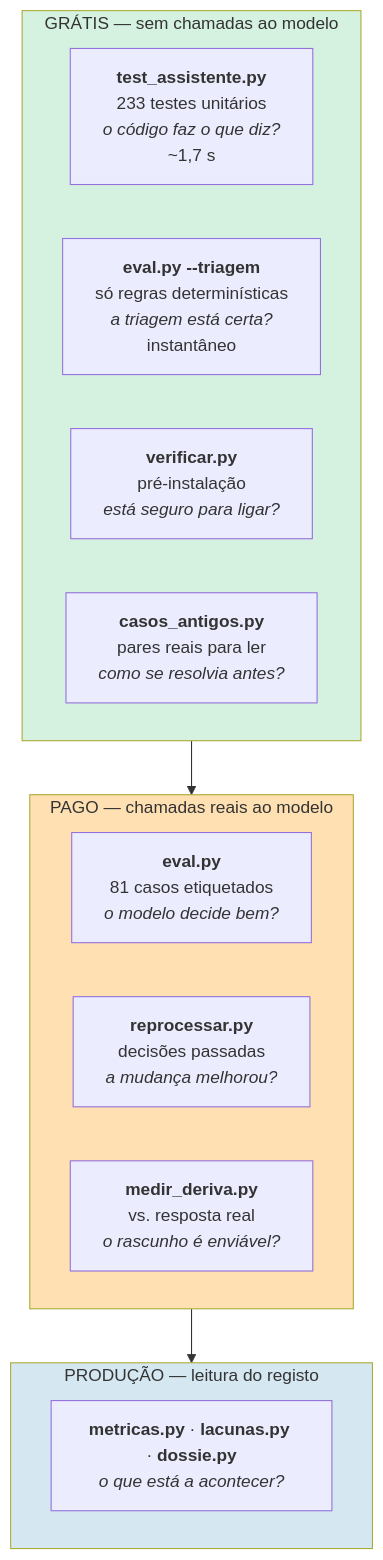
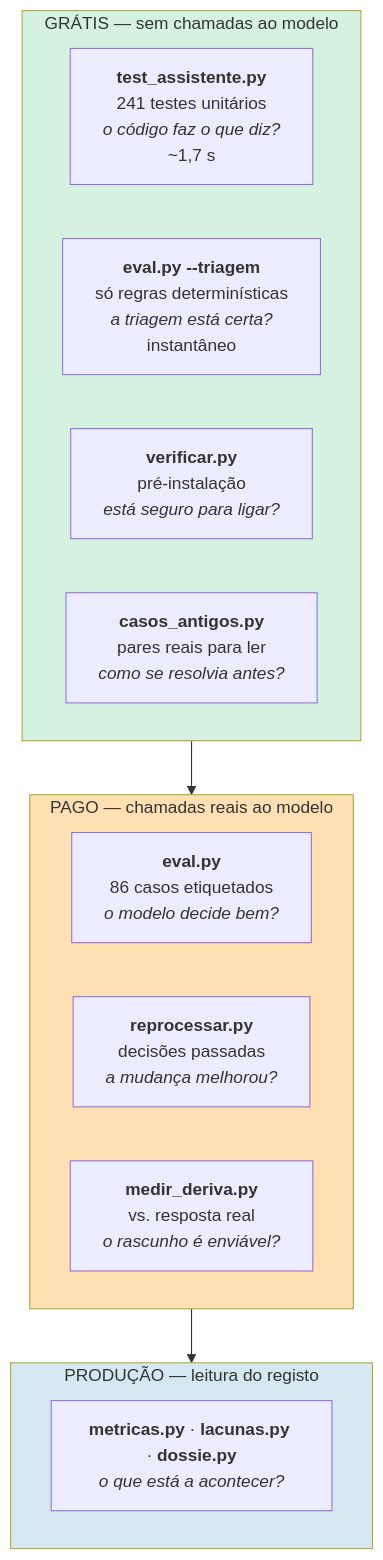
One commit to joaocarvalhini/Outlook-Reply-Assistant changed the first of 3 diagrams in docs/05-reliability/qa.md. Above: the diagram before and after it, drawn with Mermaid. The commit also changed other lines of this file and 10 other files, not shown here.

````diff
--- a/docs/05-reliability/qa.md
+++ b/docs/05-reliability/qa.md
@@ -19,22 +19,22 @@
 ```mermaid
 flowchart TB
     subgraph G["GRÁTIS — sem chamadas ao modelo"]
-        T1["<b>test_assistente.py</b><br/>233 testes unitários<br/><i>o código faz o que diz?</i><br/>~1,7 s"]
+        T1["<b>test_assistente.py</b><br/>241 testes unitários<br/><i>o código faz o que diz?</i><br/>~1,7 s"]
         T2["<b>eval.py --triagem</b><br/>só regras determinísticas<br/><i>a triagem está certa?</i><br/>instantâneo"]
         T3["<b>verificar.py</b><br/>pré-instalação<br/><i>está seguro para ligar?</i>"]
         T4["<b>casos_antigos.py</b><br/>pares reais para ler<br/><i>como se resolvia antes?</i>"]
     end
     subgraph P["PAGO — chamadas reais ao modelo"]
-        T5["<b>eval.py</b><br/>81 casos etiquetados<br/><i>o modelo decide bem?</i>"]
+        T5["<b>eval.py</b><br/>86 casos etiquetados<br/><i>o modelo decide bem?</i>"]
         T6["<b>reprocessar.py</b><br/>decisões passadas<br/><i>a mudança melhorou?</i>"]
         T7["<b>medir_deriva.py</b><br/>vs. resposta real<br/><i>o rascunho é enviável?</i>"]
     end
     subgraph PR["PRODUÇÃO — leitura do registo"]
         T8["<b>metricas.py</b> · <b>lacunas.py</b> · <b>dossie.py</b><br/><i>o que está a acontecer?</i>"]
     end
 
     G --> P --> PR
     style G fill:#d5f2e0
     style P fill:#ffe0b2
     style PR fill:#d5e8f2
 ```
````
